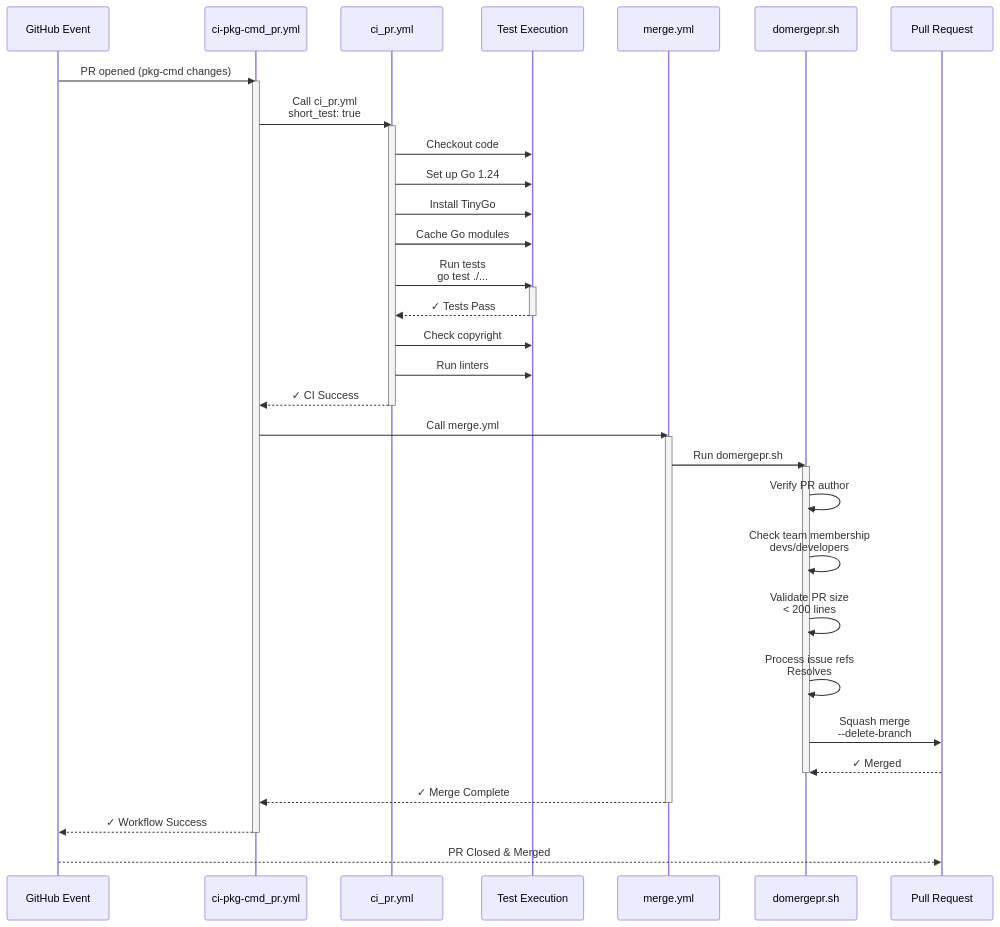
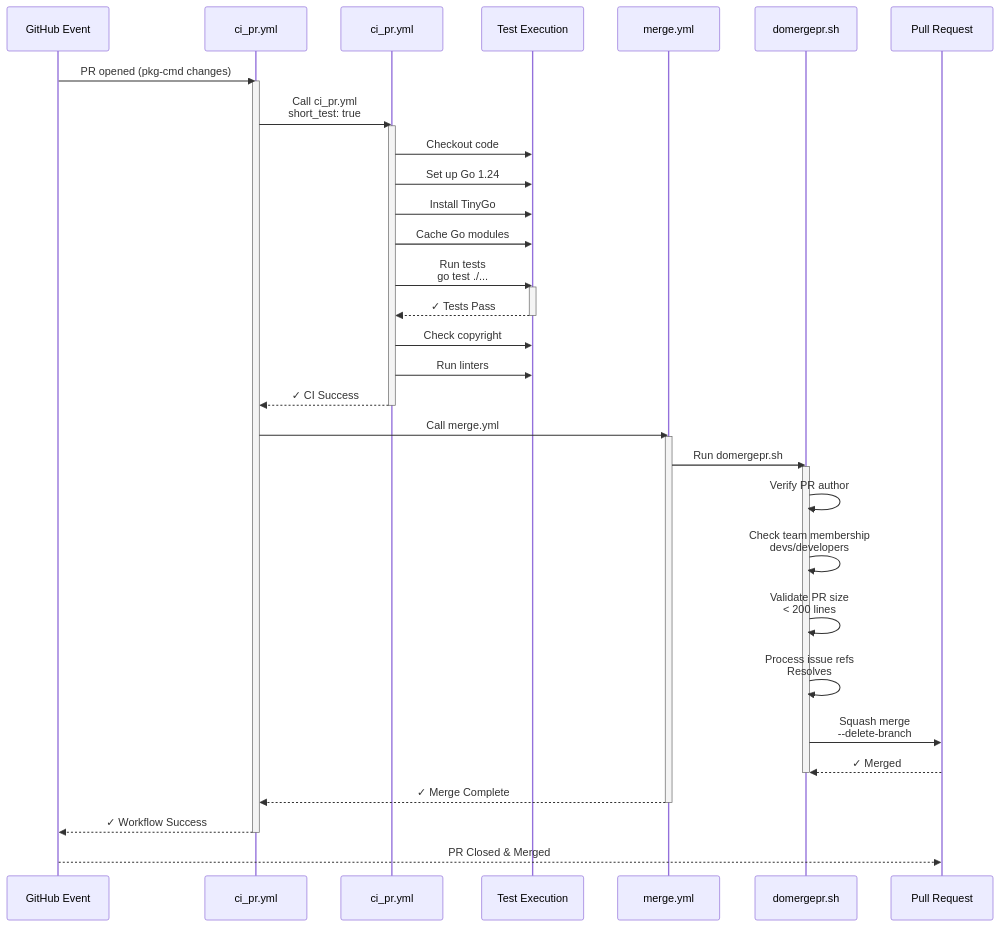
Before and after one commit to voedger/voedger: the second of 4 diagrams in .github/workflows/README.md, drawn with Mermaid. The commit also changed other lines of this file, not shown here.

````diff
--- a/.github/workflows/README.md
+++ b/.github/workflows/README.md
@@ -314,54 +314,54 @@
 ```mermaid
 sequenceDiagram
     participant GitHub as GitHub Event
-    participant WF as ci-pkg-cmd_pr.yml
+    participant WF as ci_pr.yml
     participant CI as ci_pr.yml
     participant Tests as Test Execution
     participant Merge as merge.yml
     participant domerge as domergepr.sh
     participant PR as Pull Request
 
     GitHub->>WF: PR opened (pkg-cmd changes)
     activate WF
 
     WF->>CI: Call ci_pr.yml<br/>short_test: true
     activate CI
 
     CI->>Tests: Checkout code
     CI->>Tests: Set up Go 1.24
     CI->>Tests: Install TinyGo
     CI->>Tests: Cache Go modules
     CI->>Tests: Run tests<br/>go test ./...
     activate Tests
     Tests-->>CI: ✓ Tests Pass
     deactivate Tests
 
     CI->>Tests: Check copyright
     CI->>Tests: Run linters
 
     CI-->>WF: ✓ CI Success
     deactivate CI
 
     WF->>Merge: Call merge.yml
     activate Merge
 
     Merge->>domerge: Run domergepr.sh
     activate domerge
 
     domerge->>domerge: Verify PR author
     domerge->>domerge: Check team membership<br/>devs/developers
     domerge->>domerge: Validate PR size<br/>< 200 lines
     domerge->>domerge: Process issue refs<br/>Resolves #
     domerge->>PR: Squash merge<br/>--delete-branch
 
     PR-->>domerge: ✓ Merged
     deactivate domerge
 
     Merge-->>WF: ✓ Merge Complete
     deactivate Merge
 
     WF-->>GitHub: ✓ Workflow Success
     deactivate WF
 
     GitHub-->>PR: PR Closed & Merged
 ```
````
